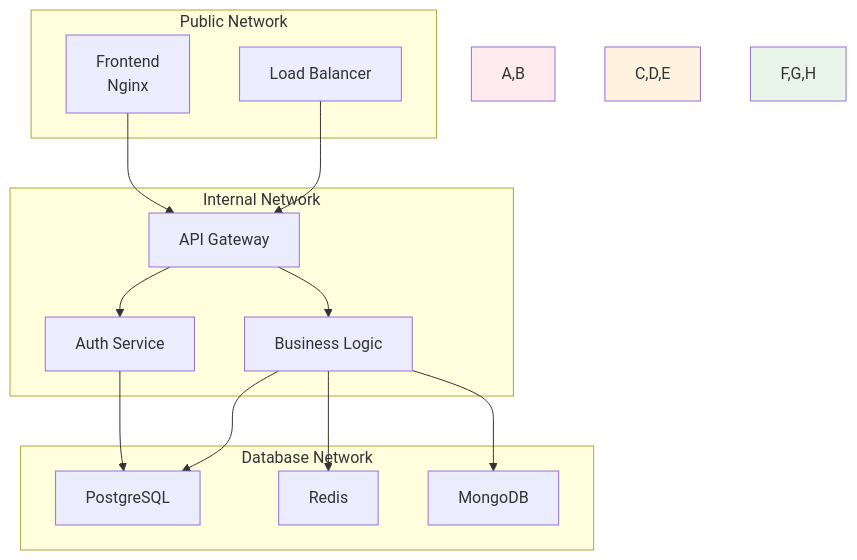
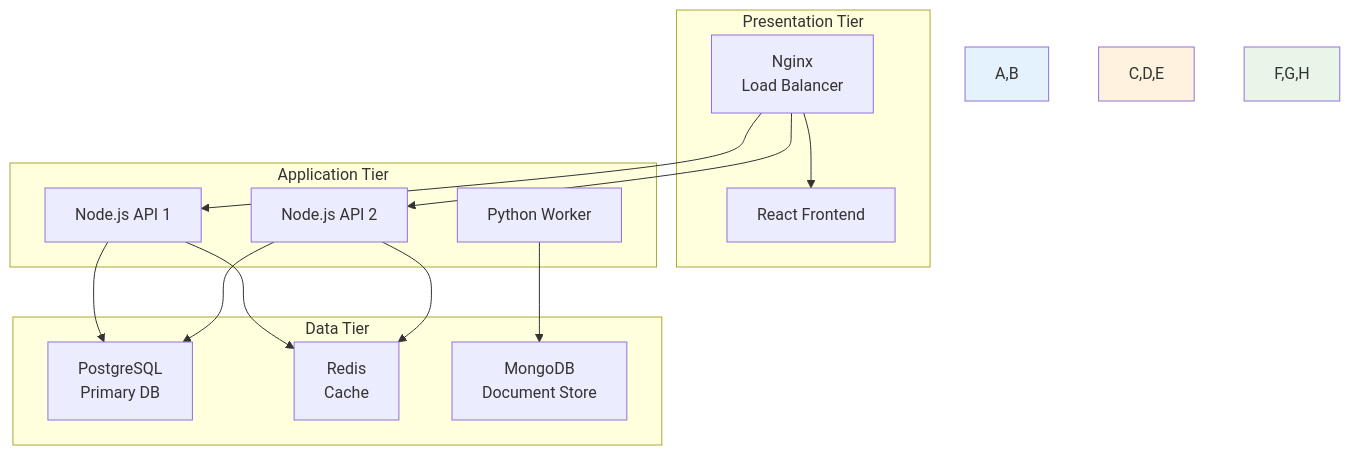
The first of 3 diagrams in theory/week_01/day4/session_2.md (niceguy61/kdt_devops_lecture_2025), drawn with Mermaid before and after one commit. The commit also changed other lines of this file and 26 other files, not shown here.

````diff
--- a/theory/week_01/day4/session_2.md
+++ b/theory/week_01/day4/session_2.md
@@ -78,32 +44,30 @@
 ```mermaid
 graph TB
-    subgraph "Public Network"
-        A[Frontend<br/>Nginx]
-        B[Load Balancer]
+    subgraph "Presentation Tier"
+        A[Nginx<br/>Load Balancer] --> B[React Frontend]
     end
     
-    subgraph "Internal Network"
-        C[API Gateway]
-        D[Auth Service]
-        E[Business Logic]
+    subgraph "Application Tier"
+        C[Node.js API 1] 
+        D[Node.js API 2]
+        E[Python Worker]
     end
     
-    subgraph "Database Network"
-        F[PostgreSQL]
-        G[Redis]
-        H[MongoDB]
+    subgraph "Data Tier"
+        F[PostgreSQL<br/>Primary DB]
+        G[Redis<br/>Cache]
+        H[MongoDB<br/>Document Store]
     end
     
     A --> C
-    B --> C
-    C --> D
-    C --> E
+    A --> D
+    C --> F
+    C --> G
     D --> F
-    E --> F
-    E --> G
+    D --> G
     E --> H
     
-    style A,B fill:#ffebee
+    style A,B fill:#e3f2fd
     style C,D,E fill:#fff3e0
     style F,G,H fill:#e8f5e8
 ```
````
